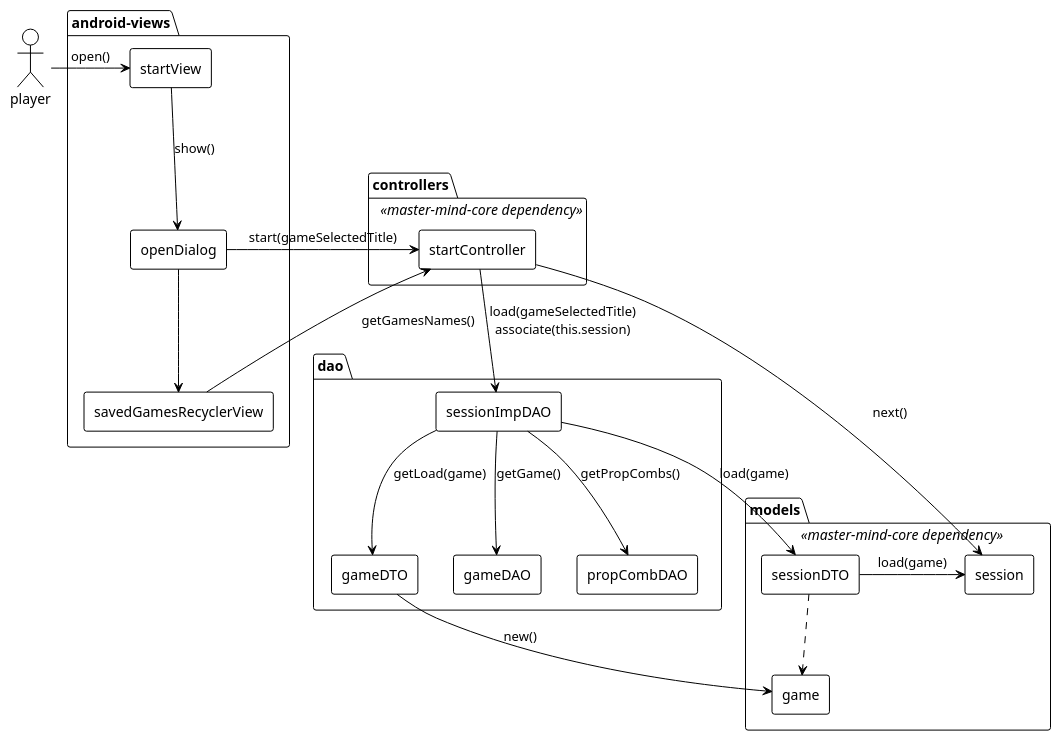
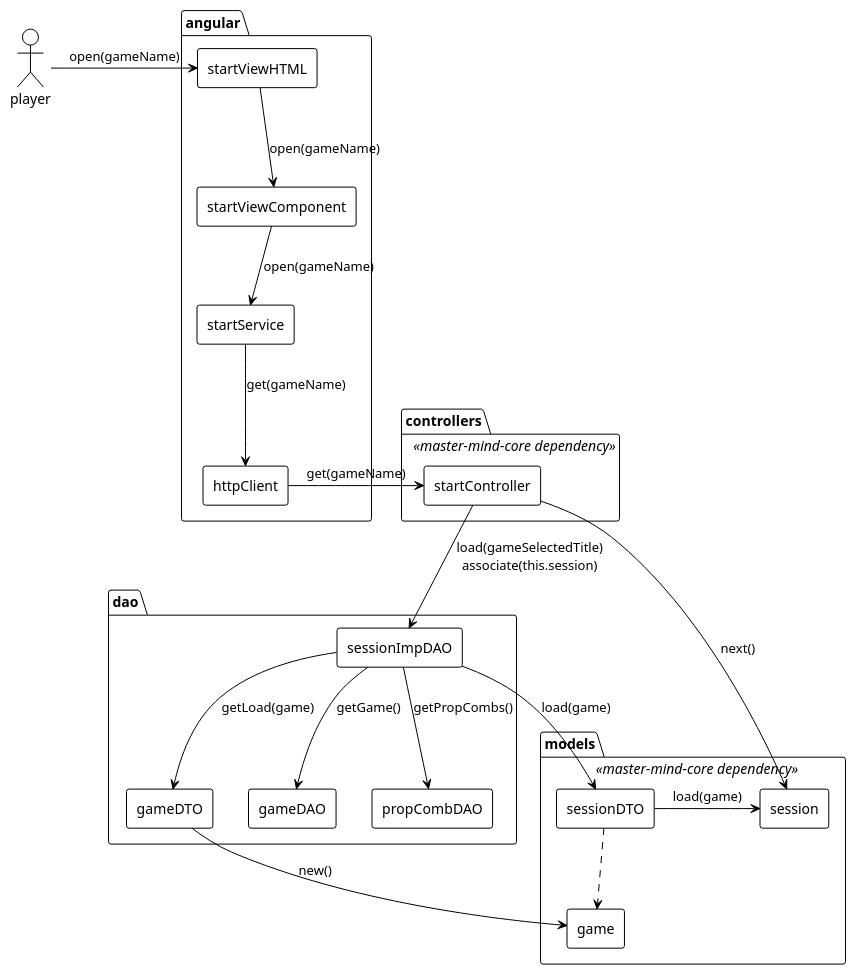
Before and after one commit to PacoMorando/master-mind-web: the diagram in docs/colaboration_open/colaboration_open.plantuml, drawn with PlantUML.

```diff
--- a/docs/colaboration_open/colaboration_open.plantuml
+++ b/docs/colaboration_open/colaboration_open.plantuml
@@ -1,48 +1,49 @@
 @startuml colaboration-open
 !theme plain
 
 actor player
 
-package android-views {
-    agent startView
-    agent openDialog
-    agent savedGamesRecyclerView
+package angular {
+    agent startViewHTML
+    agent startViewComponent
+    agent startService
+    agent httpClient
 }
 
-player -right-> startView :open()
-startView --> openDialog :show()
-openDialog --> savedGamesRecyclerView
+player -right-> startViewHTML :open(gameName)
+startViewHTML --> startViewComponent :open(gameName)
+startViewComponent --> startService :open(gameName)
+startService --> httpClient :get(gameName)
 
 package controllers <<master-mind-core dependency>> {
     agent startController
 }
 
-openDialog -left-> startController :start(gameSelectedTitle)
-savedGamesRecyclerView -left-> startController :getGamesNames()
+httpClient -left-> startController :get(gameName)
 
 package dao {
     agent sessionImpDAO
     agent gameDAO
     agent propCombDAO
     agent gameDTO
 }
 
 package models <<master-mind-core dependency>>{
     agent session
     agent sessionDTO
     agent game
 }
 
 startController --> session :next()
 startController --> sessionImpDAO :load(gameSelectedTitle)\nassociate(this.session)
 sessionImpDAO --> gameDAO :getGame()
 sessionImpDAO --> propCombDAO :getPropCombs()
 sessionImpDAO --> sessionDTO :load(game)
 sessionImpDAO --> gameDTO :getLoad(game)
 
 
 sessionDTO -right-> session :load(game) 
 sessionDTO ..> game 
 gameDTO -right-> game :new()
 
 @enduml
```
